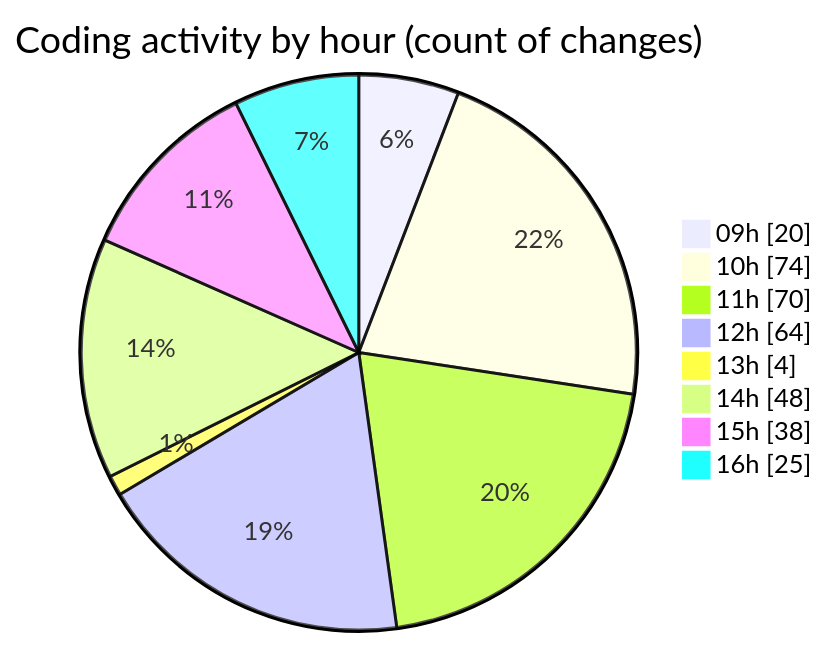
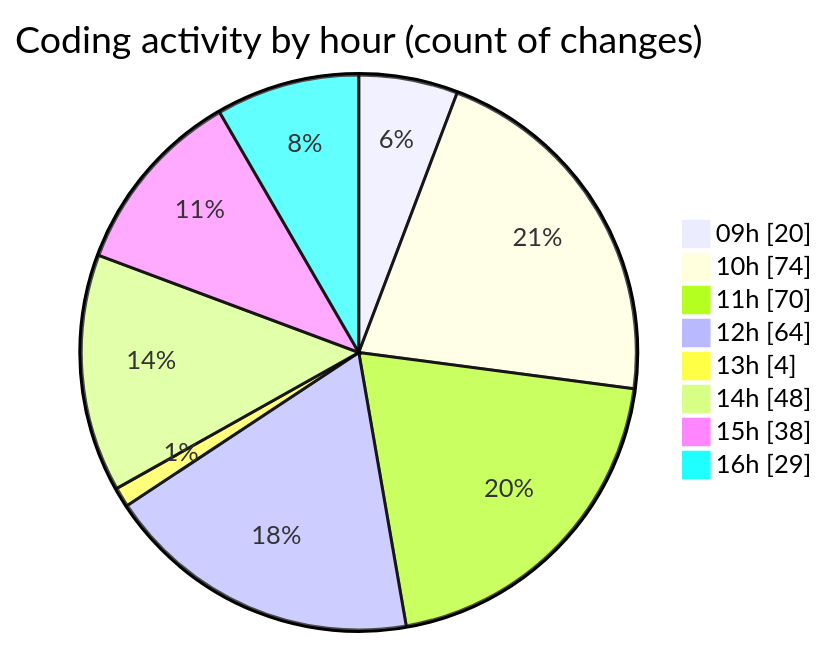
Before and after one commit to CELIANVF/code-tracking: the second of 2 diagrams in 2025-06-06/ecodeli-1/README.md, drawn with Mermaid. The commit also changed other lines of this file and 1 other file, not shown here.

````diff
--- a/2025-06-06/ecodeli-1/README.md
+++ b/2025-06-06/ecodeli-1/README.md
@@ -114,12 +114,12 @@
 ```mermaid
 pie showData
 title Coding activity by hour (count of changes)
 "09h" : 20
 "10h" : 74
 "11h" : 70
 "12h" : 64
 "13h" : 4
 "14h" : 48
 "15h" : 38
-"16h" : 25
+"16h" : 29
 ```
````
